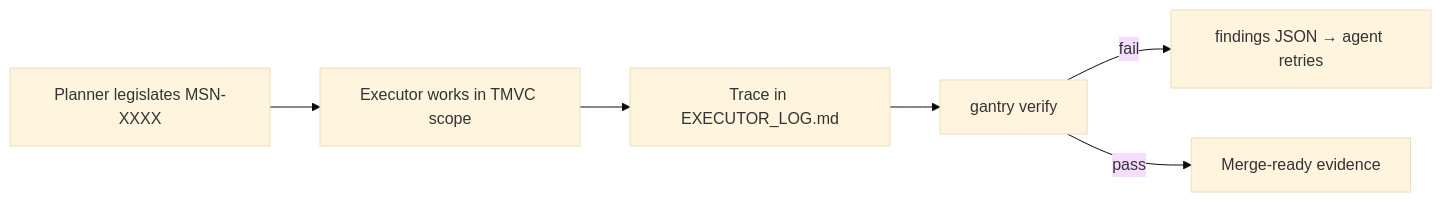
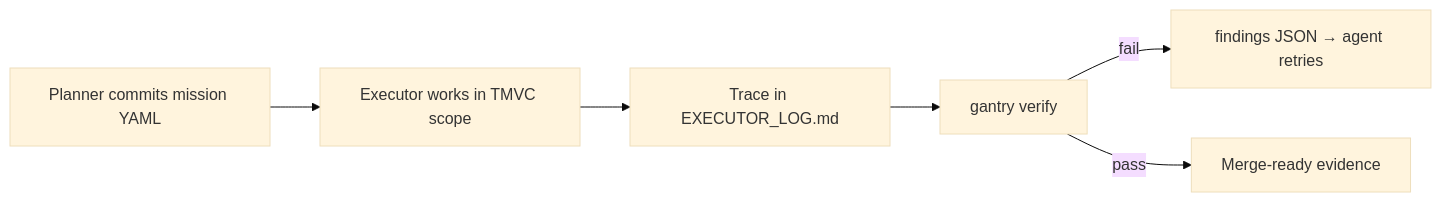
One commit to jeger-ai/opengantry changed the diagram in README.md. Above: the diagram before and after it, drawn with Mermaid (base theme). The commit also changed other lines of this file and 5 other files, not shown here.

````diff
--- a/README.md
+++ b/README.md
@@ -48,8 +79,8 @@
 ```mermaid
 flowchart LR
-    A[Planner legislates MSN-XXXX] --> B[Executor works in TMVC scope]
+    A[Planner commits mission YAML] --> B[Executor works in TMVC scope]
     B --> C[Trace in EXECUTOR_LOG.md]
     C --> D[gantry verify]
     D -->|fail| E[findings JSON → agent retries]
     D -->|pass| F[Merge-ready evidence]
 ```
````
